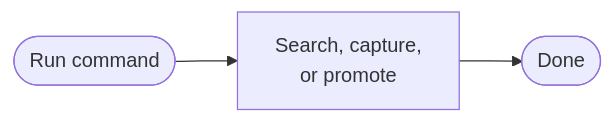
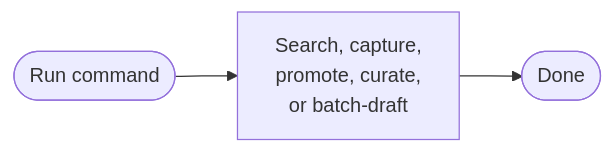
The seventh of 8 diagrams in plugins/planwise/README.md (gabgoss/planwise), drawn with Mermaid before and after one commit. The commit also changed other lines of this file and 6 other files, not shown here.

````diff
--- a/plugins/planwise/README.md
+++ b/plugins/planwise/README.md
@@ -228,4 +249,4 @@
 ```mermaid
 flowchart LR
-    A([Run command]) --> B[Search, capture,<br/>or promote] --> C([Done])
+    A([Run command]) --> B[Search, capture,<br/>promote, curate,<br/>or batch-draft] --> C([Done])
 ```
````
